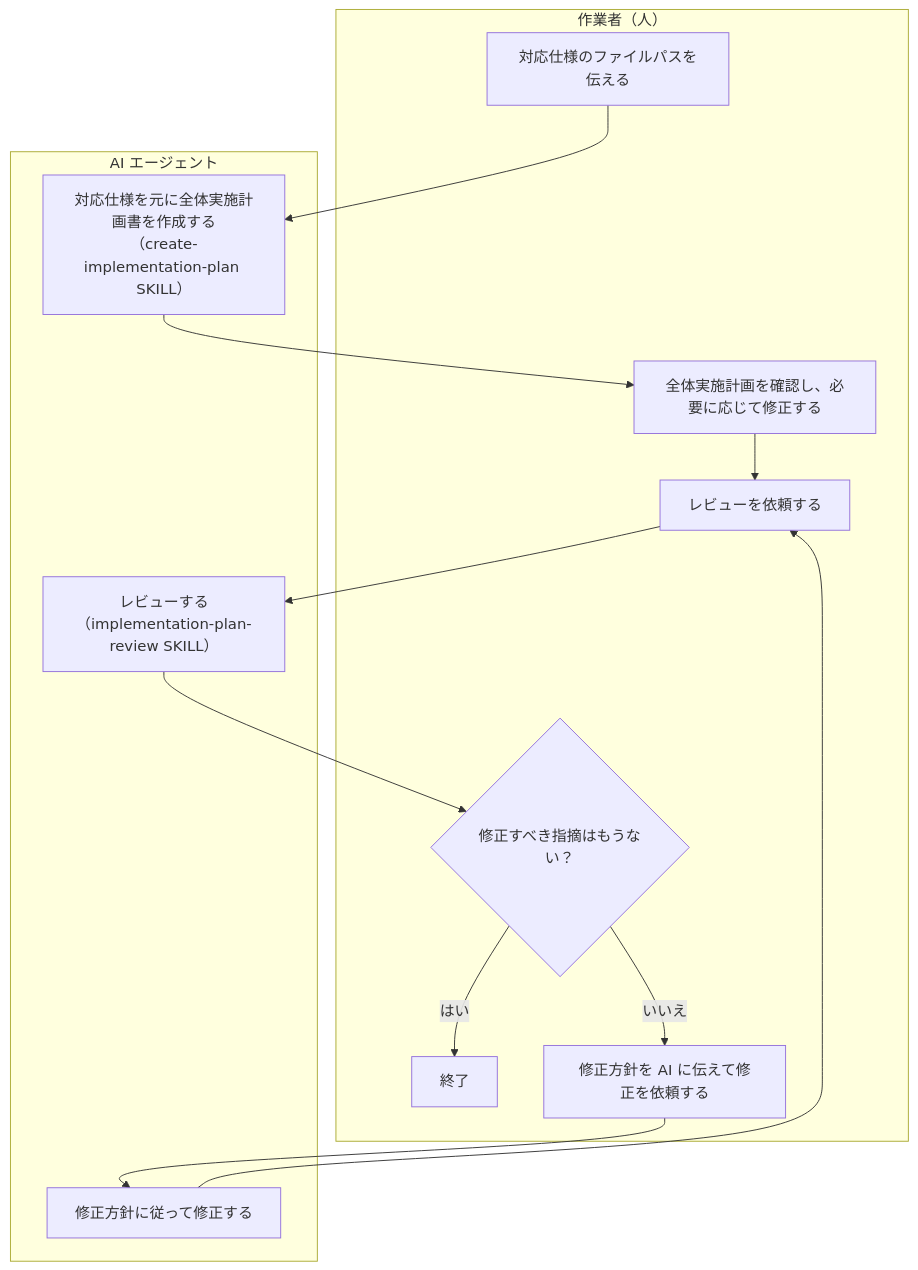
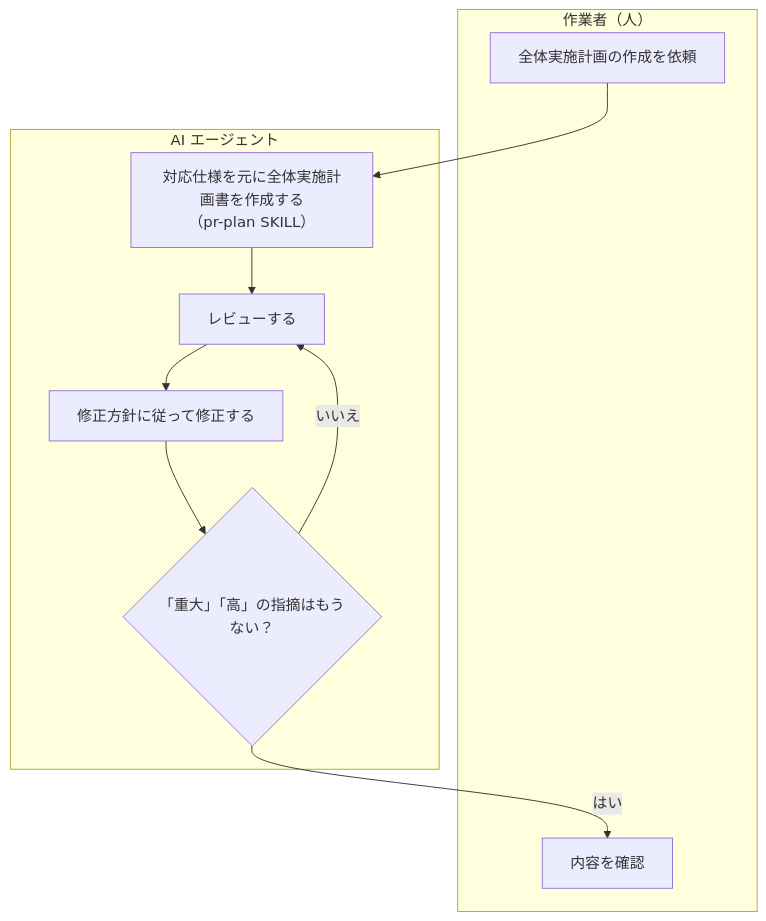
One commit to k5n/custom-agents-settings changed the sixth of 6 diagrams in docs/Workflow.md. Above: the diagram before and after it, drawn with Mermaid. The commit also changed other lines of this file and 12 other files, not shown here.

````diff
--- a/docs/Workflow.md
+++ b/docs/Workflow.md
@@ -198,21 +199,18 @@
 ```mermaid
 flowchart TD
     subgraph Human[作業者（人）]
-        A[対応仕様のファイルパスを伝える]
-        C[全体実施計画を確認し、必要に応じて修正する]
-        D[レビューを依頼する]
-        F{修正すべき指摘はもうない？}
-        G[終了]
-        H[修正方針を AI に伝えて修正を依頼する]
+        A[全体実施計画の作成を依頼]
+        G[内容を確認]
     end
 
     subgraph AI[AI エージェント]
-        B[対応仕様を元に全体実施計画書を作成する\n（create-implementation-plan SKILL）]
-        E[レビューする\n（implementation-plan-review SKILL）]
-        I[修正方針に従って修正する]
+        B[対応仕様を元に全体実施計画書を作成する\n（pr-plan SKILL）]
+        C[レビューする]
+        D[修正方針に従って修正する]
+        E{「重大」「高」の指摘はもうない？}
     end
 
-    A --> B --> C --> D --> E --> F
-    F -- はい --> G
-    F -- いいえ --> H --> I --> D
+    A --> B --> C --> D --> E
+    E -- はい --> G
+    E -- いいえ --> C
 ```
````
